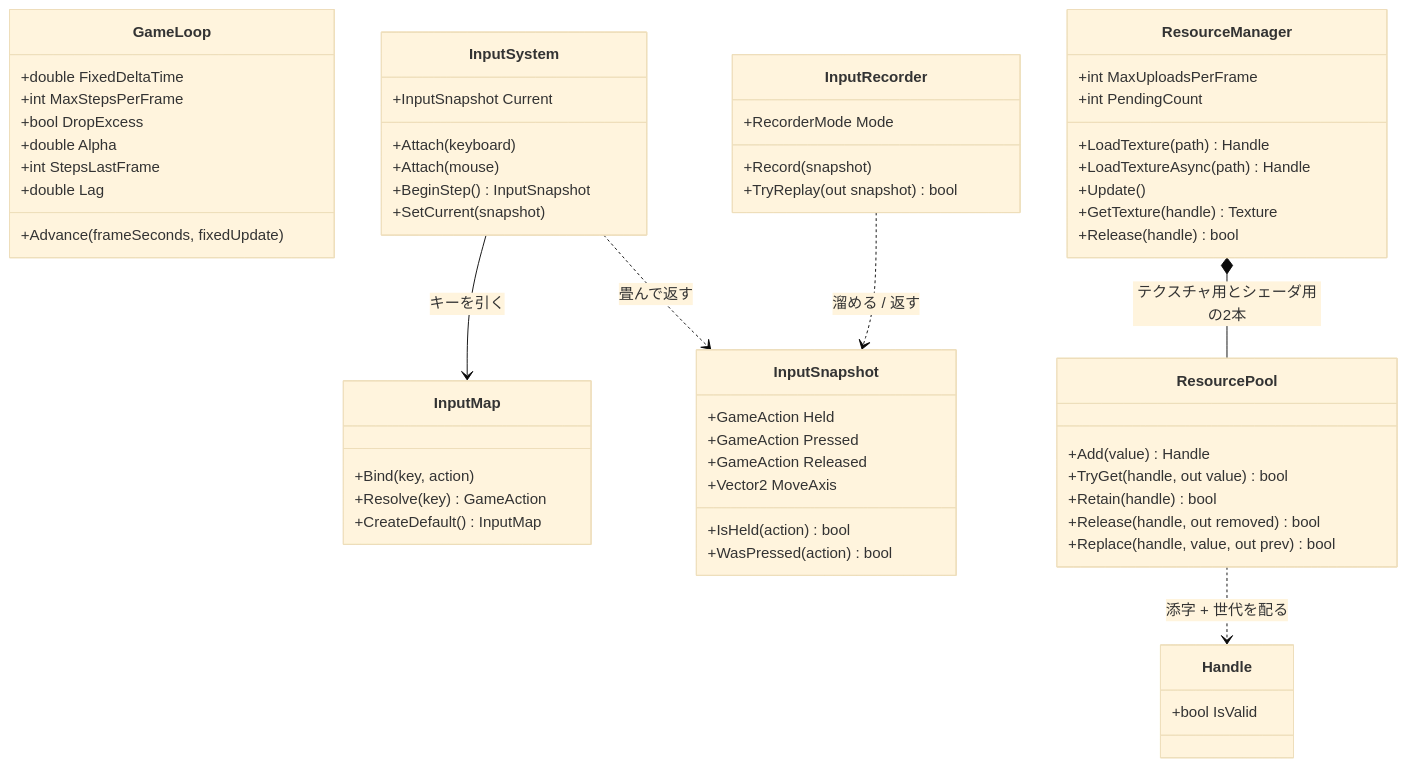
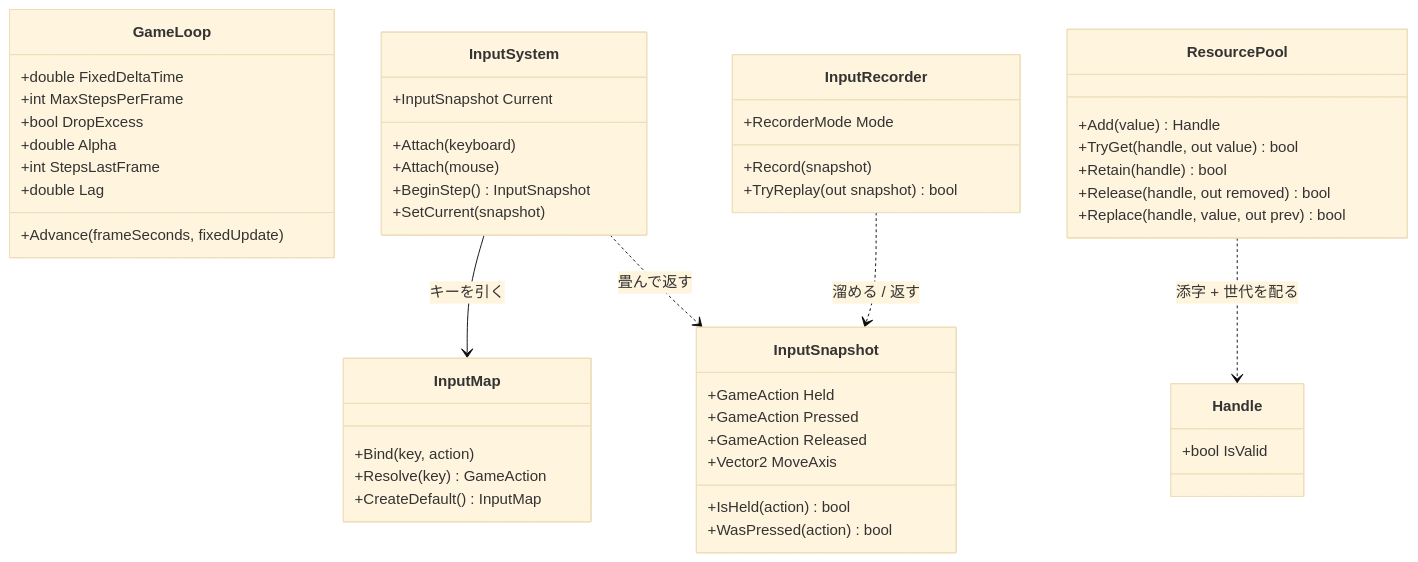
One commit to honyax/honya-game-engine changed the second of 25 diagrams in docs/plans/Day32.md. Above: the diagram before and after it, drawn with Mermaid (base theme). The commit also changed other lines of this file and 20 other files, not shown here.

````diff
--- a/docs/plans/Day32.md
+++ b/docs/plans/Day32.md
@@ -544,62 +556,52 @@
 ```mermaid
 classDiagram
     class GameLoop {
         +double FixedDeltaTime
         +int MaxStepsPerFrame
         +bool DropExcess
         +double Alpha
         +int StepsLastFrame
         +double Lag
         +Advance(frameSeconds, fixedUpdate)
     }
     class InputSystem {
         +InputSnapshot Current
         +Attach(keyboard)
         +Attach(mouse)
         +BeginStep() InputSnapshot
         +SetCurrent(snapshot)
     }
     class InputMap {
         +Bind(key, action)
         +Resolve(key) GameAction
         +CreateDefault() InputMap
     }
     class InputSnapshot {
         +GameAction Held
         +GameAction Pressed
         +GameAction Released
         +Vector2 MoveAxis
         +IsHeld(action) bool
         +WasPressed(action) bool
     }
     class InputRecorder {
         +RecorderMode Mode
         +Record(snapshot)
         +TryReplay(out snapshot) bool
     }
     class Handle {
         +bool IsValid
     }
     class ResourcePool {
         +Add(value) Handle
         +TryGet(handle, out value) bool
         +Retain(handle) bool
         +Release(handle, out removed) bool
         +Replace(handle, value, out prev) bool
     }
-    class ResourceManager {
-        +int MaxUploadsPerFrame
-        +int PendingCount
-        +LoadTexture(path) Handle
-        +LoadTextureAsync(path) Handle
-        +Update()
-        +GetTexture(handle) Texture
-        +Release(handle) bool
-    }
 
     InputSystem --> InputMap : キーを引く
     InputSystem ..> InputSnapshot : 畳んで返す
     InputRecorder ..> InputSnapshot : 溜める / 返す
-    ResourceManager *-- ResourcePool : テクスチャ用とシェーダ用の2本
     ResourcePool ..> Handle : 添字 + 世代を配る
 ```
````
